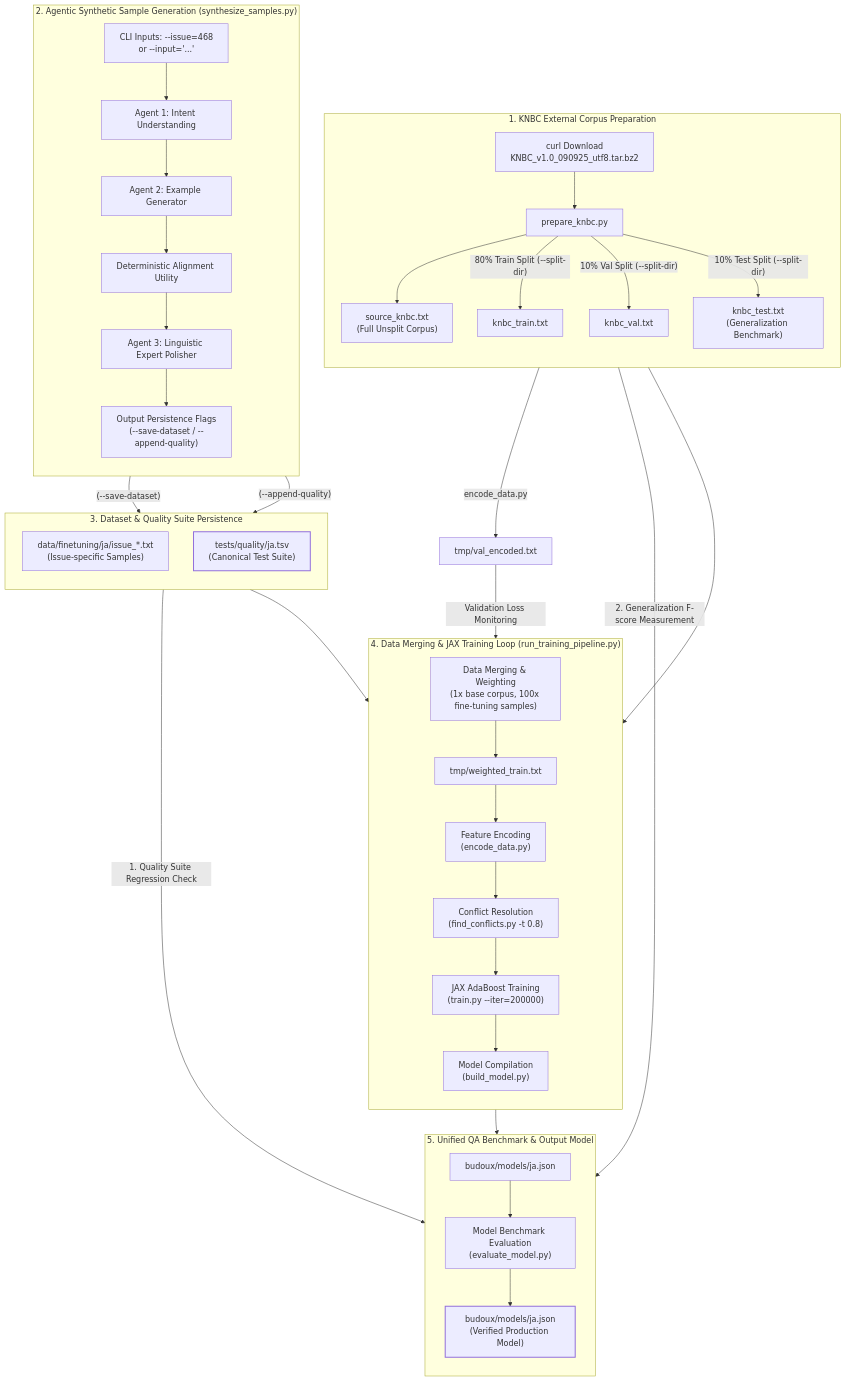
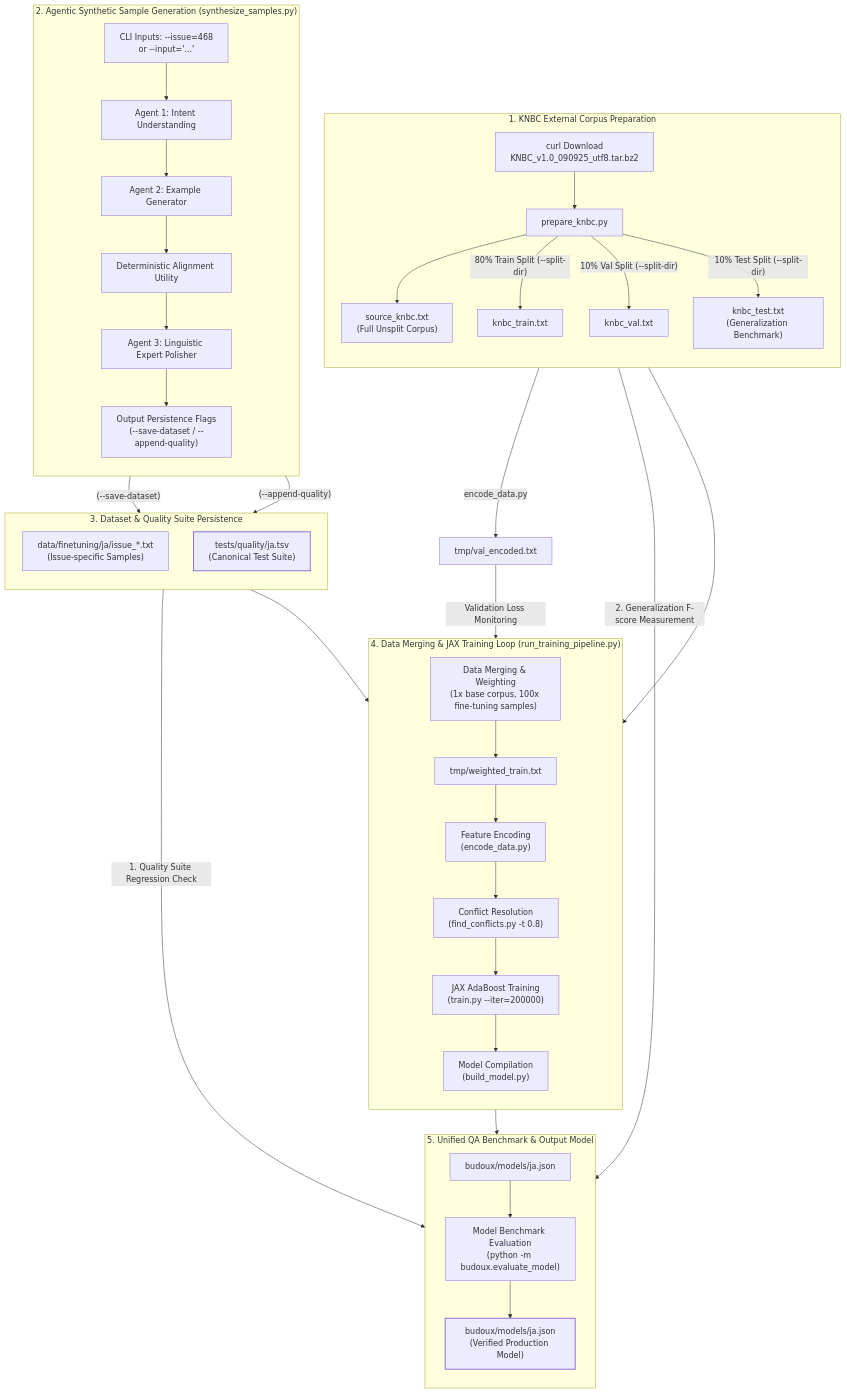
Before and after one commit to google/budoux: the diagram in scripts/README.md, drawn with Mermaid. The commit also changed 4 other files, not shown here.

Commit message:
refactor(scripts): move model evaluation logic to budoux package and support python -m budoux.evaluate_model

````diff
--- a/scripts/README.md
+++ b/scripts/README.md
@@ -7,64 +7,64 @@
 ```mermaid
 flowchart TB
     %% Phase 1: External KNBC Corpus Preparation
     subgraph P1 ["1. KNBC External Corpus Preparation"]
         direction TB
         KNBC_RAW["curl Download<br>KNBC_v1.0_090925_utf8.tar.bz2"] --> KNBC_PREP["prepare_knbc.py"]
         KNBC_PREP --> KNBC_SRC["source_knbc.txt<br>(Full Unsplit Corpus)"]
         
         KNBC_PREP -->|"80% Train Split (--split-dir)"| KNBC_TRAIN["knbc_train.txt"]
         KNBC_PREP -->|"10% Val Split (--split-dir)"| KNBC_VAL["knbc_val.txt"]
         KNBC_PREP -->|"10% Test Split (--split-dir)"| KNBC_TEST["knbc_test.txt<br>(Generalization Benchmark)"]
     end
 
     %% Phase 2: Agentic Synthetic Sample Generation
     subgraph P2 ["2. Agentic Synthetic Sample Generation (synthesize_samples.py)"]
         direction TB
         CLI_IN["CLI Inputs: --issue=468<br>or --input='...'"] --> AGENT1["Agent 1: Intent Understanding"]
         AGENT1 --> AGENT2["Agent 2: Example Generator"]
         AGENT2 --> OVERLAY["Deterministic Alignment Utility"]
         OVERLAY --> AGENT3["Agent 3: Linguistic Expert Polisher"]
         AGENT3 --> OUTPUT_FLAGS["Output Persistence Flags<br>(--save-dataset / --append-quality)"]
     end
 
     %% Phase 3: Dataset & Test Suite Persistence
     subgraph P3 ["3. Dataset & Quality Suite Persistence"]
         direction TB
         OUTPUT_FLAGS -->|"(--save-dataset)"| SYNTH_STORE["data/finetuning/ja/issue_*.txt<br>(Issue-specific Samples)"]
         OUTPUT_FLAGS -->|"(--append-quality)"| REG_TSV["tests/quality/ja.tsv<br>(Canonical Test Suite)"]
     end
 
     %% Phase 4: Data Merging & Training Loop
     subgraph P4 ["4. Data Merging & JAX Training Loop (run_training_pipeline.py)"]
         direction TB
         KNBC_TRAIN --> MERGE_DATA["Data Merging & Weighting<br>(1x base corpus, 100x fine-tuning samples)"]
         SYNTH_STORE --> MERGE_DATA
         
         MERGE_DATA --> COMBINED_TXT["tmp/weighted_train.txt"]
         COMBINED_TXT --> ENCODE_PY["Feature Encoding<br>(encode_data.py)"]
         ENCODE_PY --> CONFLICT_PY["Conflict Resolution<br>(find_conflicts.py -t 0.8)"]
         CONFLICT_PY --> TRAIN_PY["JAX AdaBoost Training<br>(train.py --iter=200000)"]
         
         TRAIN_PY --> BUILD_PY["Model Compilation<br>(build_model.py)"]
     end
 
     %% Phase 5: Unified QA & Output Artifacts
     subgraph P5 ["5. Unified QA Benchmark & Output Model"]
         direction TB
         BUILD_PY --> TEMP_MODEL["budoux/models/ja.json"]
-        TEMP_MODEL --> EVAL_PY["Model Benchmark Evaluation<br>(evaluate_model.py)"]
+        TEMP_MODEL --> EVAL_PY["Model Benchmark Evaluation<br>(python -m budoux.evaluate_model)"]
         
         REG_TSV -->|"1. Quality Suite Regression Check"| EVAL_PY
         KNBC_TEST -->|"2. Generalization F-score Measurement"| EVAL_PY
         
         EVAL_PY --> FINAL_JSON["budoux/models/ja.json<br>(Verified Production Model)"]
     end
 
     %% Direct Connections (Validation Feature Encoding)
     KNBC_VAL -->|"encode_data.py"| VAL_ENCODED["tmp/val_encoded.txt"]
     VAL_ENCODED -->|"Validation Loss Monitoring"| TRAIN_PY
 
     %% Border Styles
     style REG_TSV stroke-width:2px
     style FINAL_JSON stroke-width:2px
 ```
````
